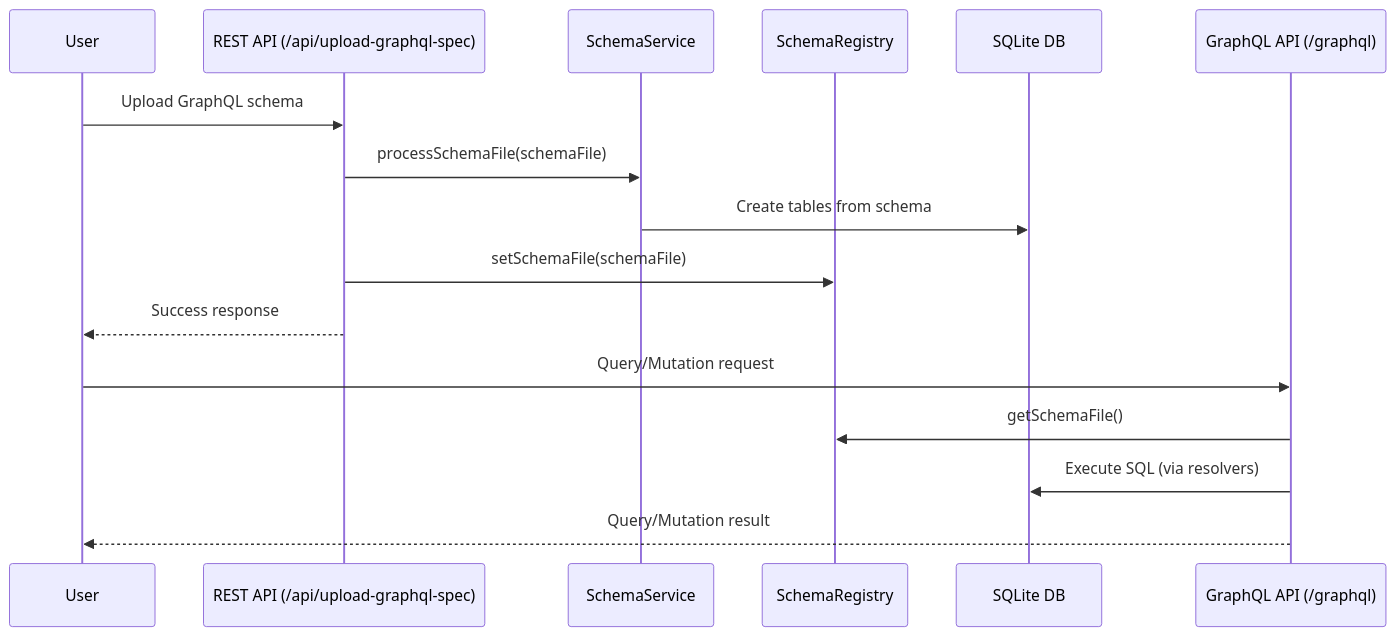
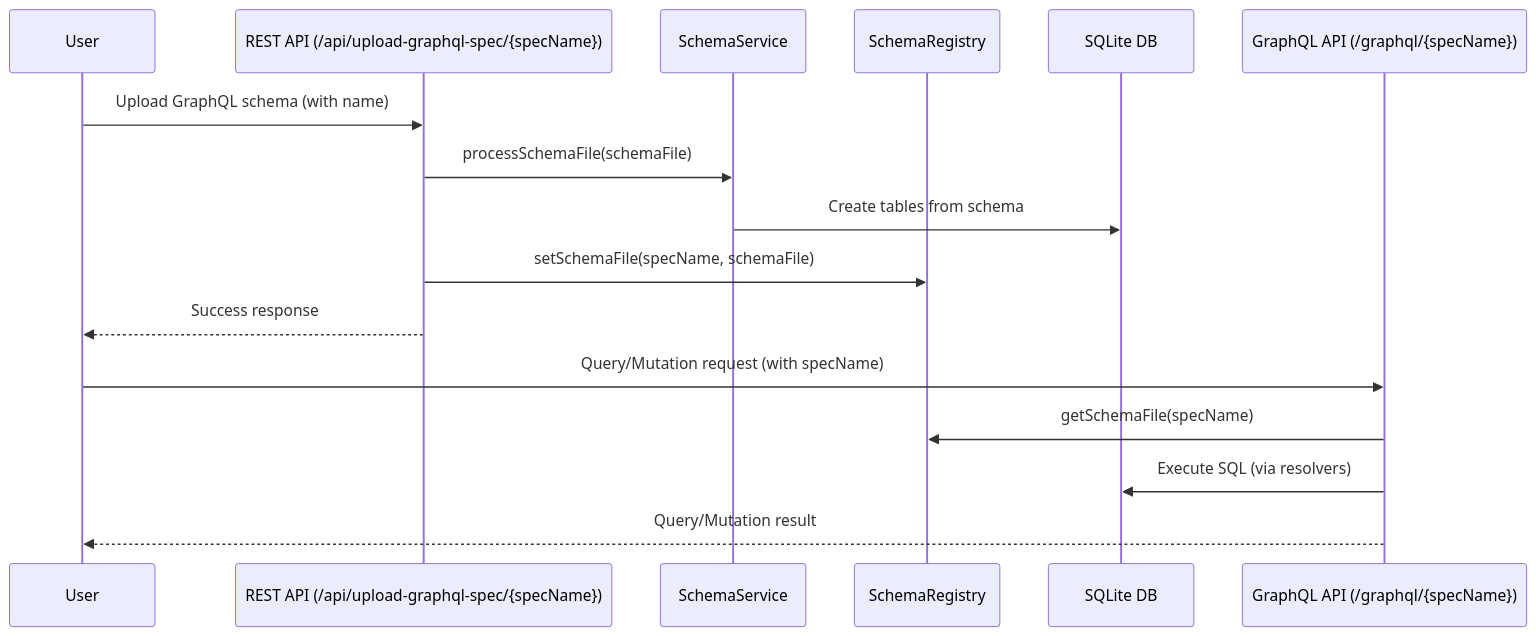
The diagram in README.md (digitalapicraft/graphql-sandbox), drawn with Mermaid before and after one commit. The commit also changed other lines of this file and 7 other files, not shown here.

````diff
--- a/README.md
+++ b/README.md
@@ -9,20 +9,20 @@
 ```mermaid
 sequenceDiagram
     participant User
-    participant REST_API as REST API (/api/upload-graphql-spec)
+    participant REST_API as REST API (/api/upload-graphql-spec/{specName})
     participant SchemaService
     participant SchemaRegistry
     participant SQLiteDB as SQLite DB
-    participant GraphQL_API as GraphQL API (/graphql)
+    participant GraphQL_API as GraphQL API (/graphql/{specName})
 
-    User->>REST_API: Upload GraphQL schema
+    User->>REST_API: Upload GraphQL schema (with name)
     REST_API->>SchemaService: processSchemaFile(schemaFile)
     SchemaService->>SQLiteDB: Create tables from schema
-    REST_API->>SchemaRegistry: setSchemaFile(schemaFile)
+    REST_API->>SchemaRegistry: setSchemaFile(specName, schemaFile)
     REST_API-->>User: Success response
 
-    User->>GraphQL_API: Query/Mutation request
-    GraphQL_API->>SchemaRegistry: getSchemaFile()
+    User->>GraphQL_API: Query/Mutation request (with specName)
+    GraphQL_API->>SchemaRegistry: getSchemaFile(specName)
     GraphQL_API->>SQLiteDB: Execute SQL (via resolvers)
     GraphQL_API-->>User: Query/Mutation result
 ```
````
